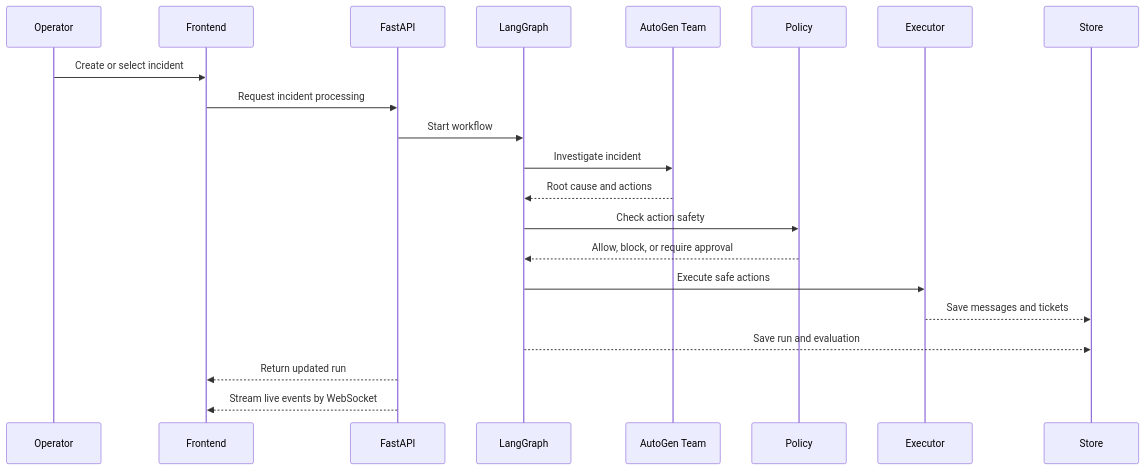
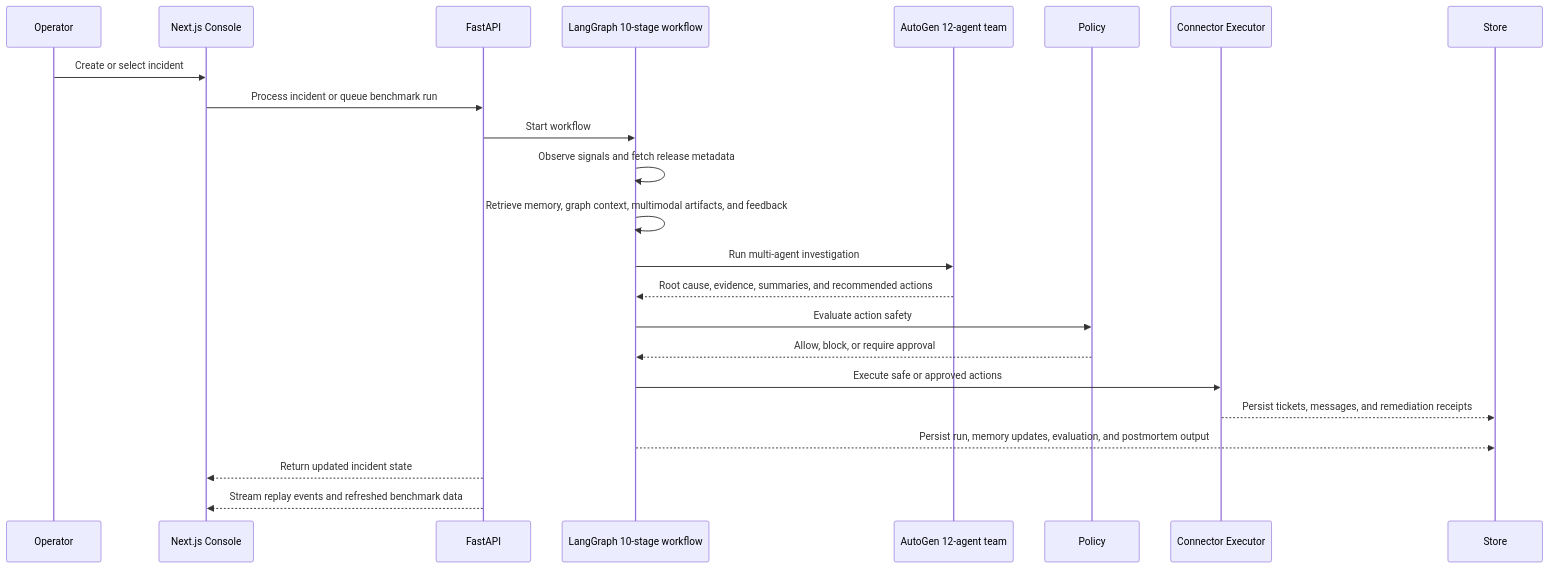
The second of 2 diagrams in README.md (Theepankumargandhi/Ai-incident-commander-langgraph-autogen), drawn with Mermaid before and after one commit. The commit also changed other lines of this file and 109 other files, not shown here.

````diff
--- a/README.md
+++ b/README.md
@@ -72,24 +92,26 @@
 ```mermaid
 sequenceDiagram
     participant Operator
-    participant Frontend
+    participant Console as Next.js Console
     participant API as FastAPI
-    participant Graph as LangGraph
-    participant Agents as AutoGen Team
+    participant Graph as LangGraph 10-stage workflow
+    participant Team as AutoGen 12-agent team
     participant Policy
-    participant Executor
+    participant Exec as Connector Executor
     participant Store
 
-    Operator->>Frontend: Create or select incident
-    Frontend->>API: Request incident processing
+    Operator->>Console: Create or select incident
+    Console->>API: Process incident or queue benchmark run
     API->>Graph: Start workflow
-    Graph->>Agents: Investigate incident
-    Agents-->>Graph: Root cause and actions
-    Graph->>Policy: Check action safety
+    Graph->>Graph: Observe signals and fetch release metadata
+    Graph->>Graph: Retrieve memory, graph context, multimodal artifacts, and feedback
+    Graph->>Team: Run multi-agent investigation
+    Team-->>Graph: Root cause, evidence, summaries, and recommended actions
+    Graph->>Policy: Evaluate action safety
     Policy-->>Graph: Allow, block, or require approval
-    Graph->>Executor: Execute safe actions
-    Executor-->>Store: Save messages and tickets
-    Graph-->>Store: Save run and evaluation
-    API-->>Frontend: Return updated run
-    API-->>Frontend: Stream live events by WebSocket
+    Graph->>Exec: Execute safe or approved actions
+    Exec-->>Store: Persist tickets, messages, and remediation receipts
+    Graph-->>Store: Persist run, memory updates, evaluation, and postmortem output
+    API-->>Console: Return updated incident state
+    API-->>Console: Stream replay events and refreshed benchmark data
 ```
````
